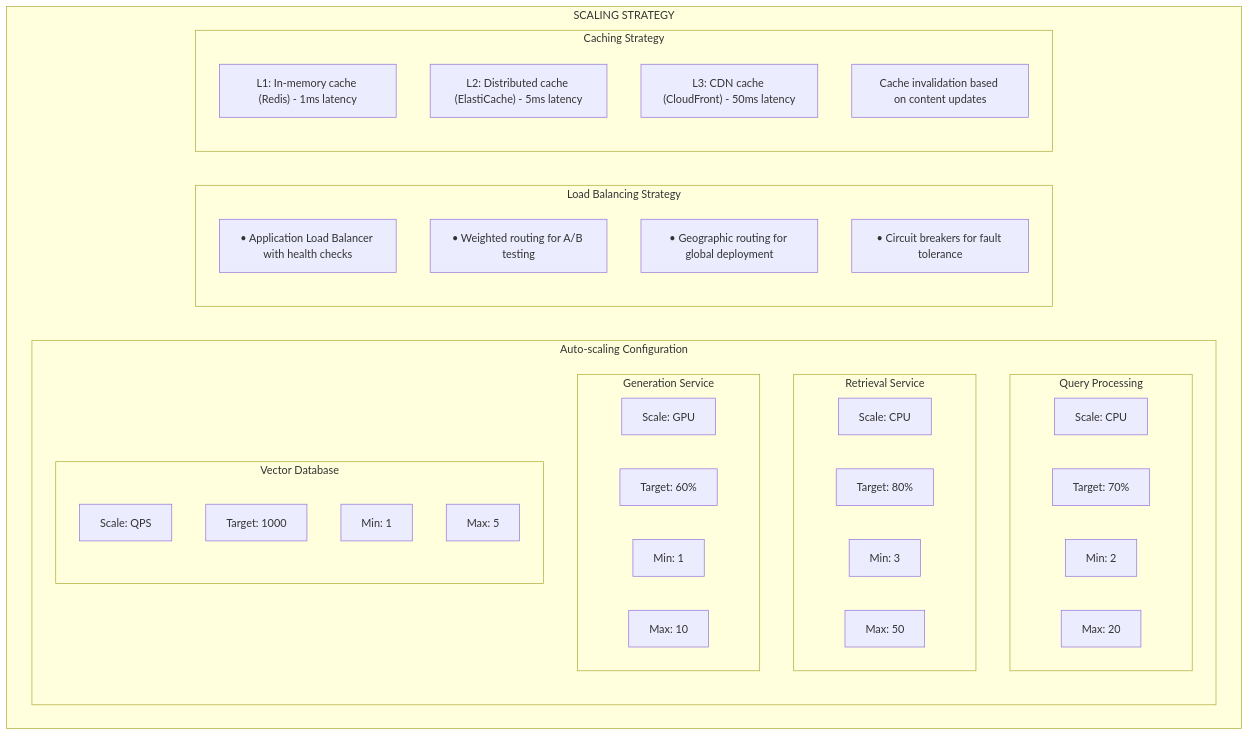
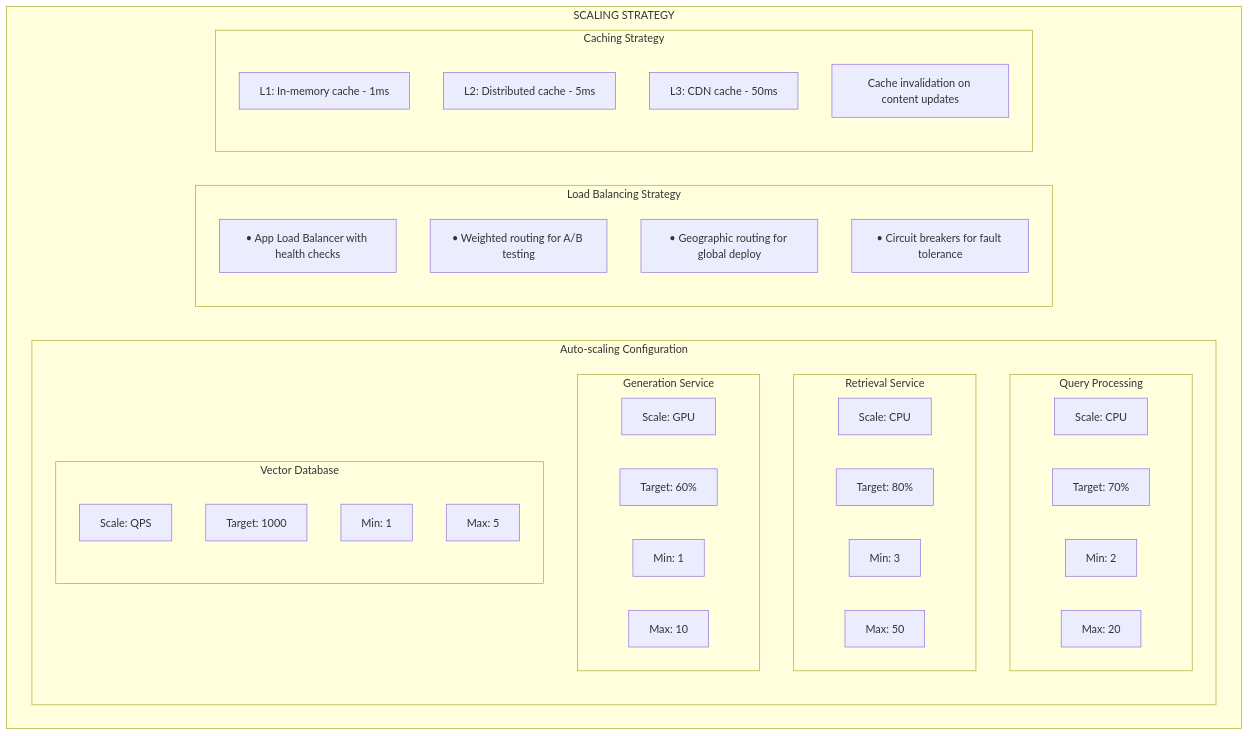
Before and after one commit to satinath-nit/llm-rag-cookbook: diagram 17 of 21 in rag_solution_architecture_document (1).md, drawn with Mermaid. The commit also changed other lines of this file, not shown here.

````diff
--- a/rag_solution_architecture_document (1).md
+++ b/rag_solution_architecture_document (1).md
@@ -999,48 +999,48 @@
 ```mermaid
 graph TB
     subgraph "SCALING STRATEGY"
         subgraph "Auto-scaling Configuration"
             subgraph "Query Processing"
                 QP_Scale["Scale: CPU"]
                 QP_Target["Target: 70%"]
                 QP_Min["Min: 2"]
                 QP_Max["Max: 20"]
             end
             
             subgraph "Retrieval Service"
                 RS_Scale["Scale: CPU"]
                 RS_Target["Target: 80%"]
                 RS_Min["Min: 3"]
                 RS_Max["Max: 50"]
             end
             
             subgraph "Generation Service"
                 GS_Scale["Scale: GPU"]
                 GS_Target["Target: 60%"]
                 GS_Min["Min: 1"]
                 GS_Max["Max: 10"]
             end
             
             subgraph "Vector Database"
                 VDB_Scale["Scale: QPS"]
                 VDB_Target["Target: 1000"]
                 VDB_Min["Min: 1"]
                 VDB_Max["Max: 5"]
             end
         end
         
         subgraph "Load Balancing Strategy"
-            LB1["• Application Load Balancer with health checks"]
+            LB1["• App Load Balancer with health checks"]
             LB2["• Weighted routing for A/B testing"]
-            LB3["• Geographic routing for global deployment"]
+            LB3["• Geographic routing for global deploy"]
             LB4["• Circuit breakers for fault tolerance"]
         end
         
         subgraph "Caching Strategy"
-            L1["L1: In-memory cache (Redis) - 1ms latency"]
-            L2["L2: Distributed cache (ElastiCache) - 5ms latency"]
-            L3["L3: CDN cache (CloudFront) - 50ms latency"]
-            CI["Cache invalidation based on content updates"]
+            L1["L1: In-memory cache - 1ms"]
+            L2["L2: Distributed cache - 5ms"]
+            L3["L3: CDN cache - 50ms"]
+            CI["Cache invalidation on content updates"]
         end
     end
 ```
````
